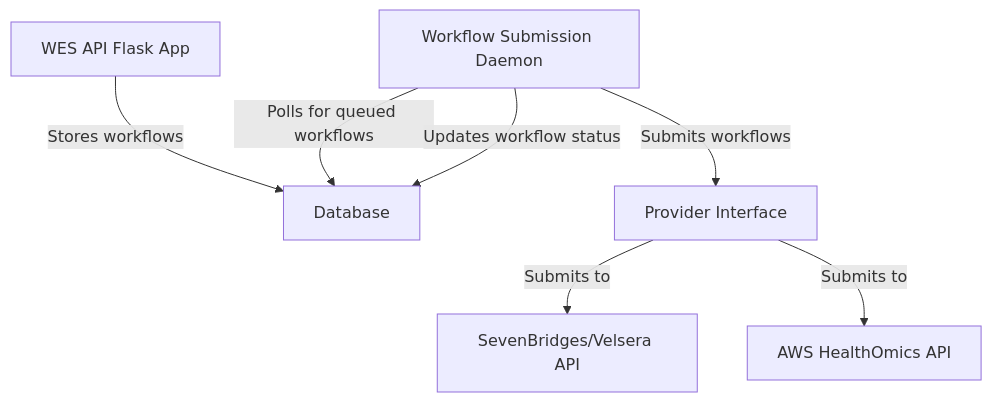
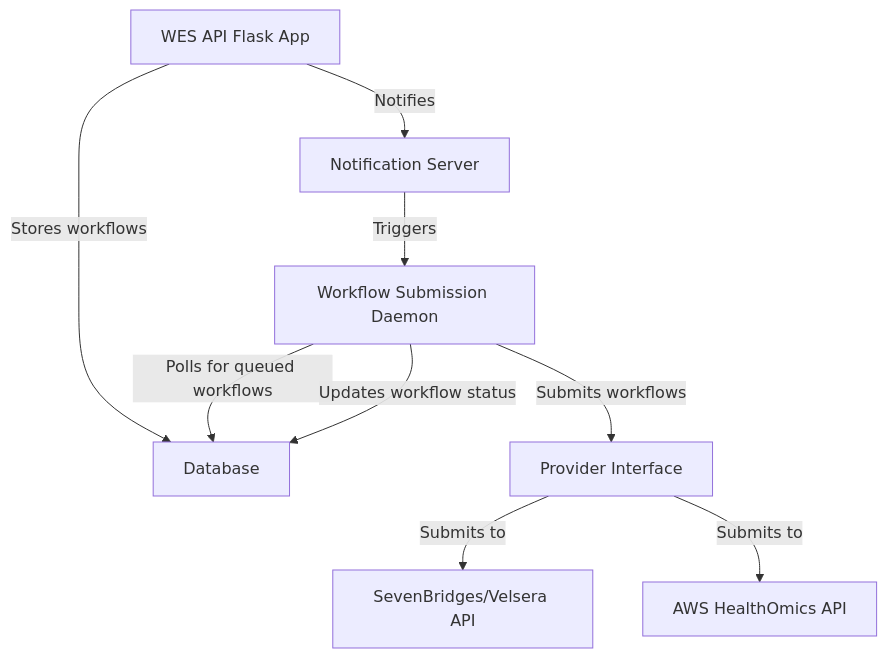
The first of 2 diagrams in workflow_daemon_implementation_plan.md (NGS360/GA4GH-WES-API-Service), drawn with Mermaid before and after one commit. The commit also changed other lines of this file and 8 other files, not shown here.

````diff
--- a/workflow_daemon_implementation_plan.md
+++ b/workflow_daemon_implementation_plan.md
@@ -15,9 +16,11 @@
 ```mermaid
 graph TD
     A[WES API Flask App] -->|Stores workflows| B[Database]
-    C[Workflow Submission Daemon] -->|Polls for queued workflows| B
-    C -->|Submits workflows| D[Provider Interface]
-    D -->|Submits to| E[SevenBridges/Velsera API]
-    D -->|Submits to| F[AWS HealthOmics API]
-    C -->|Updates workflow status| B
+    A -->|Notifies| C[Notification Server]
+    C -->|Triggers| D[Workflow Submission Daemon]
+    D -->|Polls for queued workflows| B
+    D -->|Submits workflows| E[Provider Interface]
+    E -->|Submits to| F[SevenBridges/Velsera API]
+    E -->|Submits to| G[AWS HealthOmics API]
+    D -->|Updates workflow status| B
 ```
````
